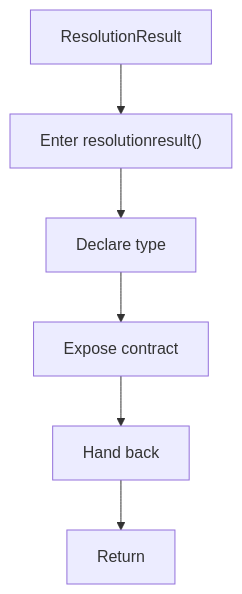
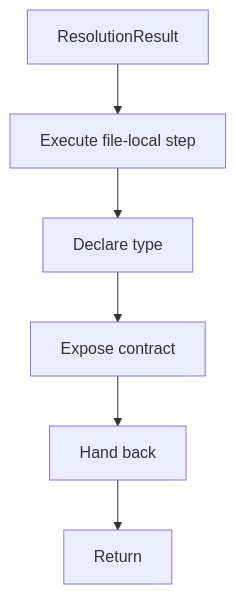
One commit to JohnAndrewBalbarosa/NeoTerritory changed the diagram in docs/Codebase/Microservice/Modules/Header/SyntacticBrokenAST/HashingMechanism/HashLinks/Internal/Flow/functions/resolutionresult.hpp.md. Above: the diagram before and after it, drawn with Mermaid. The commit also changed other lines of this file and 925 other files, not shown here.

````diff
--- a/docs/Codebase/Microservice/Modules/Header/SyntacticBrokenAST/HashingMechanism/HashLinks/Internal/Flow/functions/resolutionresult.hpp.md
+++ b/docs/Codebase/Microservice/Modules/Header/SyntacticBrokenAST/HashingMechanism/HashLinks/Internal/Flow/functions/resolutionresult.hpp.md
@@ -16,14 +16,14 @@
 ```mermaid
 flowchart TD
     Start["ResolutionResult"]
-    N0["Enter resolutionresult()"]
+    N0["Execute file-local step"]
     N1["Declare type"]
     N2["Expose contract"]
     N3["Hand back"]
     End["Return"]
     Start --> N0
     N0 --> N1
     N1 --> N2
     N2 --> N3
     N3 --> End
 ```
````
